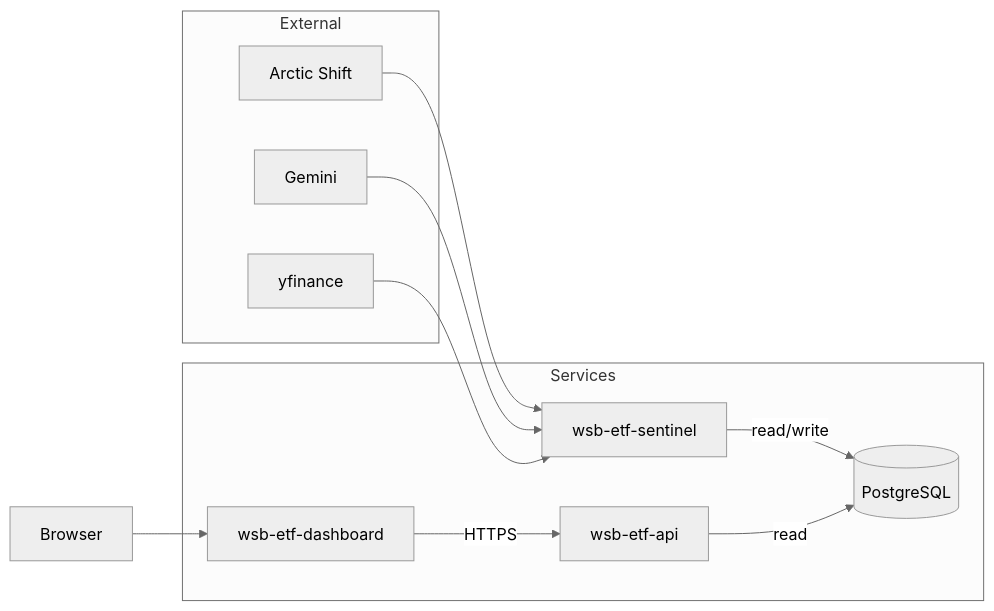
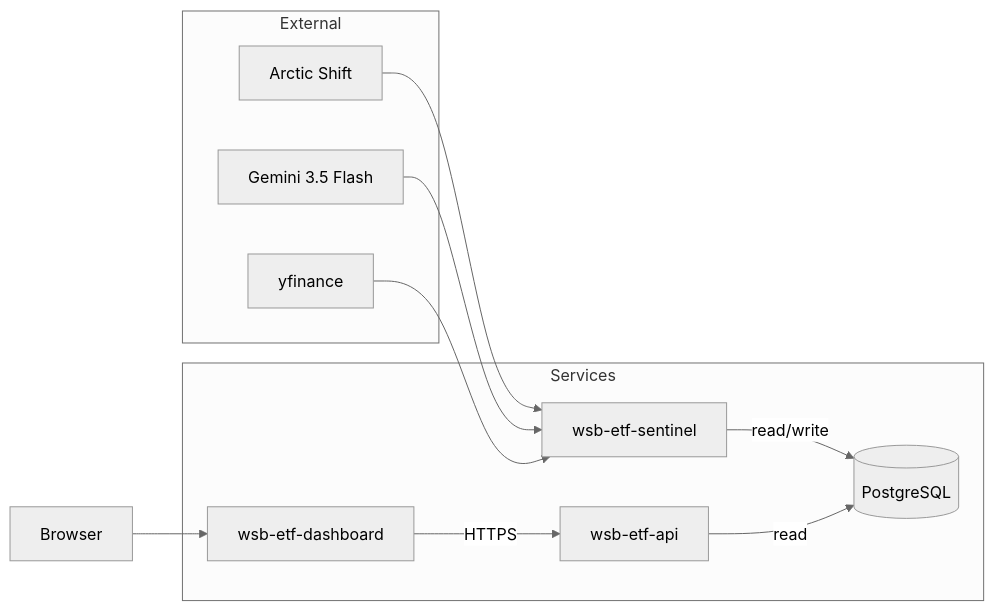
The diagram in README.md (devinramsammy/wsb-etf), drawn with Mermaid (neutral theme) before and after one commit. The commit also changed other lines of this file and 2 other files, not shown here.

First line of the commit message:
fix: use gemini-3.5-flash and update README for multi-subreddit setup

````diff
--- a/README.md
+++ b/README.md
@@ -7,21 +22,21 @@
 ```mermaid
 flowchart LR
   subgraph external [External]
     AS[Arctic Shift]
-    GEM[Gemini]
+    GEM[Gemini 3.5 Flash]
     YF[yfinance]
   end
   subgraph stack [Services]
     PG[(PostgreSQL)]
     PL[wsb-etf-sentinel]
     API[wsb-etf-api]
     FE[wsb-etf-dashboard]
   end
   AS --> PL
   GEM --> PL
   YF --> PL
   PL -->|read/write| PG
   API -->|read| PG
   FE -->|HTTPS| API
   U[Browser] --> FE
 ```
````
